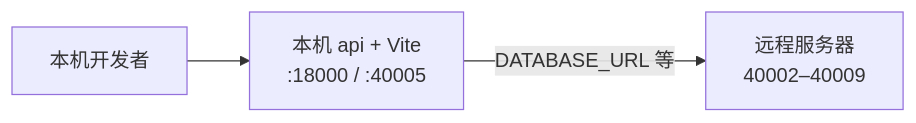
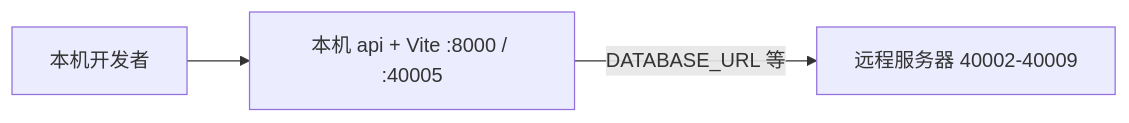
The fifth of 5 diagrams in 运维部署指南.md (zhibinQiu/benxi), drawn with Mermaid before and after one commit. The commit also changed other lines of this file and 338 other files, not shown here.

````diff
--- a/运维部署指南.md
+++ b/运维部署指南.md
@@ -197,9 +191,9 @@
 ```mermaid
 flowchart LR
   DEV[本机开发者]
-  LOCAL["本机 api + Vite<br/>:18000 / :40005"]
-  REMOTE["远程服务器<br/>40002–40009"]
+  LOCAL["本机 api + Vite :8000 / :40005"]
+  REMOTE["远程服务器 40002-40009"]
 
   DEV --> LOCAL
-  LOCAL -->|"DATABASE_URL 等"| REMOTE
+  LOCAL -->|DATABASE_URL 等| REMOTE
 ```
````
